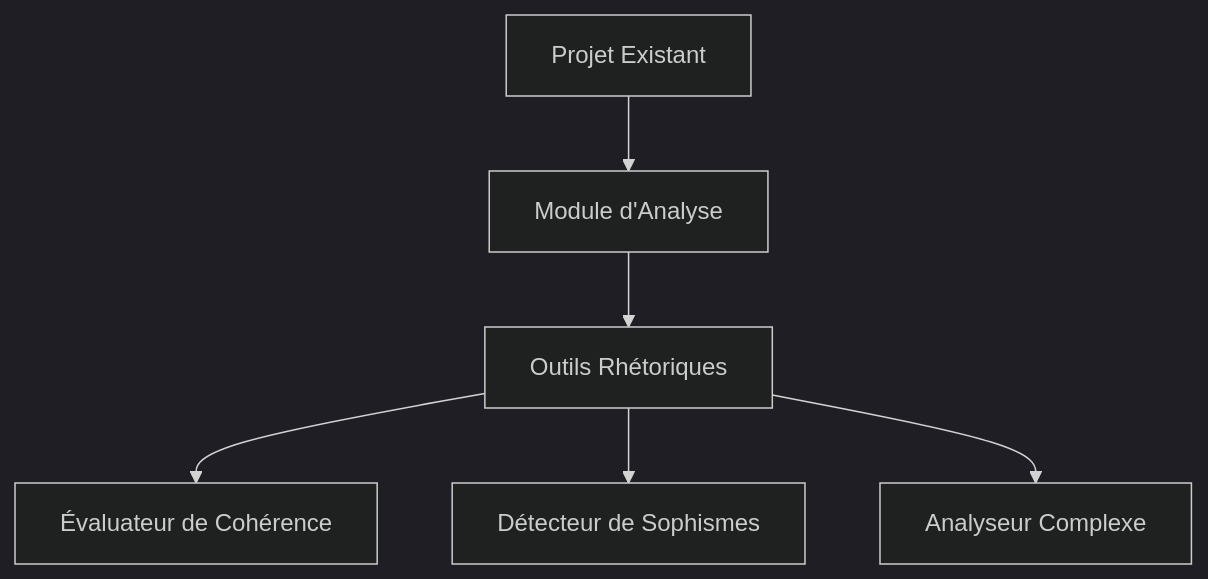
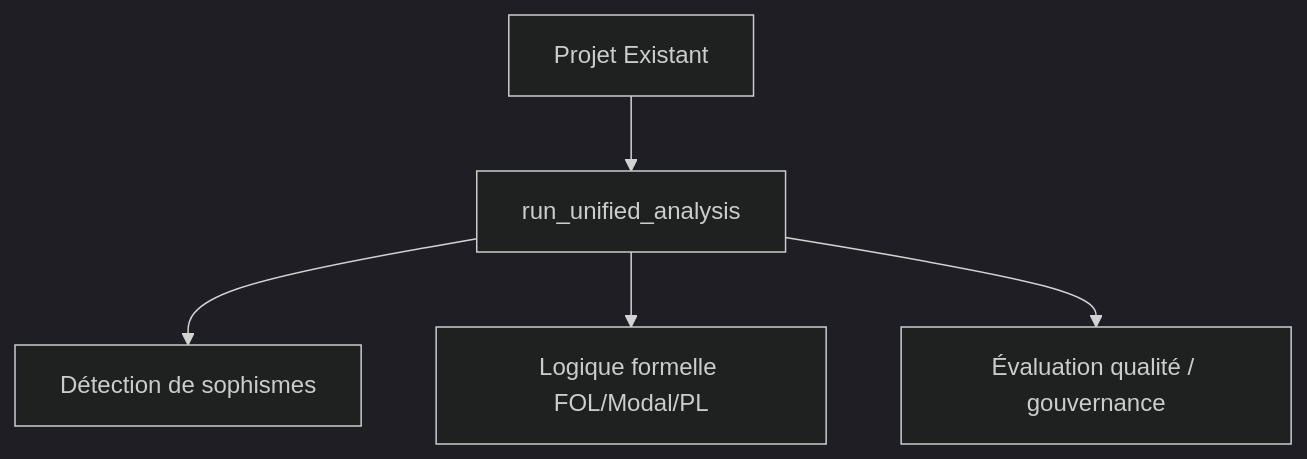
One commit to jsboigeEpita/2025-Epita-Intelligence-Symbolique changed the diagram in docs/integration/integration_outils_rhetorique.md. Above: the diagram before and after it, drawn with Mermaid (dark theme). The commit also changed other lines of this file and 2 other files, not shown here.

````diff
--- a/docs/integration/integration_outils_rhetorique.md
+++ b/docs/integration/integration_outils_rhetorique.md
@@ -6,8 +12,7 @@
 ```mermaid
 graph TD
-    A[Projet Existant] --> B[Module d'Analyse]
-    B --> C[Outils Rhétoriques]
-    C --> D[Évaluateur de Cohérence]
-    C --> E[Détecteur de Sophismes]
-    C --> F[Analyseur Complexe]
+    A[Projet Existant] --> B[run_unified_analysis]
+    B --> C[Détection de sophismes]
+    B --> D[Logique formelle FOL/Modal/PL]
+    B --> E[Évaluation qualité / gouvernance]
 ```
````
